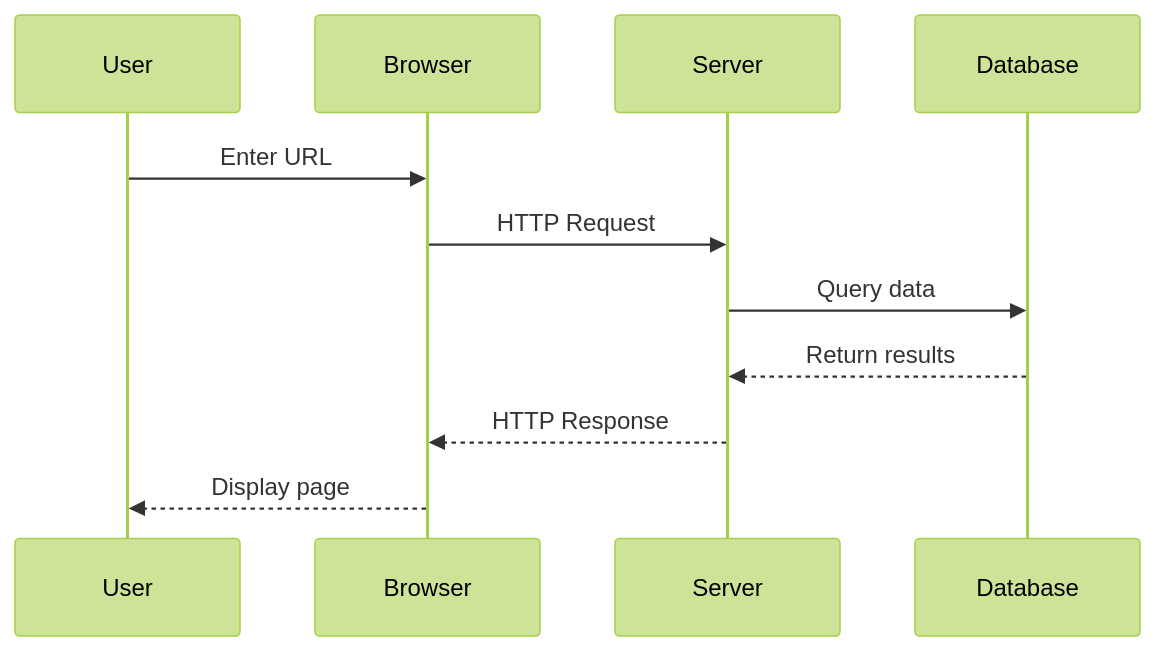
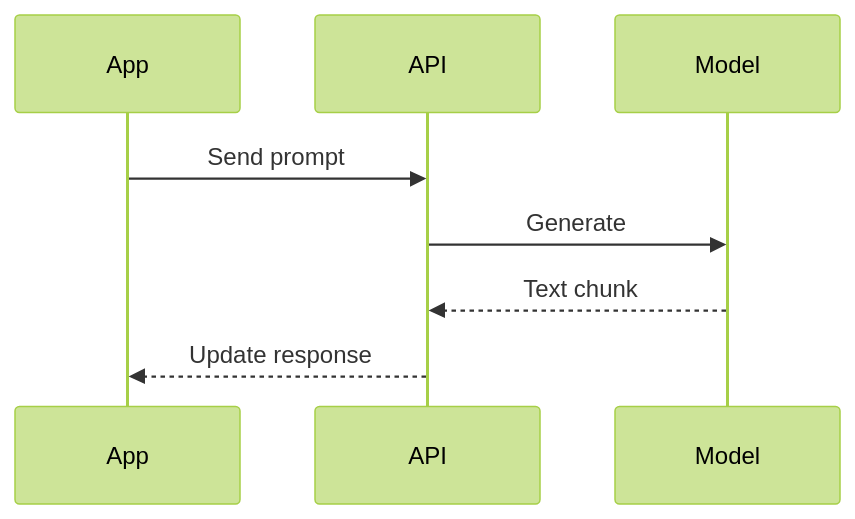
The third of 10 diagrams in playground/nuxt/app/markdown/mermaid.md (jinghaihan/vue-stream-markdown), drawn with Mermaid (forest theme) before and after one commit. The commit also changed other lines of this file and 1 other file, not shown here.

Commit message:
docs(playground): refresh landing page and mermaid examples

````diff
--- a/playground/nuxt/app/markdown/mermaid.md
+++ b/playground/nuxt/app/markdown/mermaid.md
@@ -51,14 +54,11 @@
 ```mermaid
 sequenceDiagram
-    participant User
-    participant Browser
-    participant Server
-    participant Database
+    participant App
+    participant API
+    participant Model
 
-    User->>Browser: Enter URL
-    Browser->>Server: HTTP Request
-    Server->>Database: Query data
-    Database-->>Server: Return results
-    Server-->>Browser: HTTP Response
-    Browser-->>User: Display page
+    App->>API: Send prompt
+    API->>Model: Generate
+    Model-->>API: Text chunk
+    API-->>App: Update response
 ```
````
